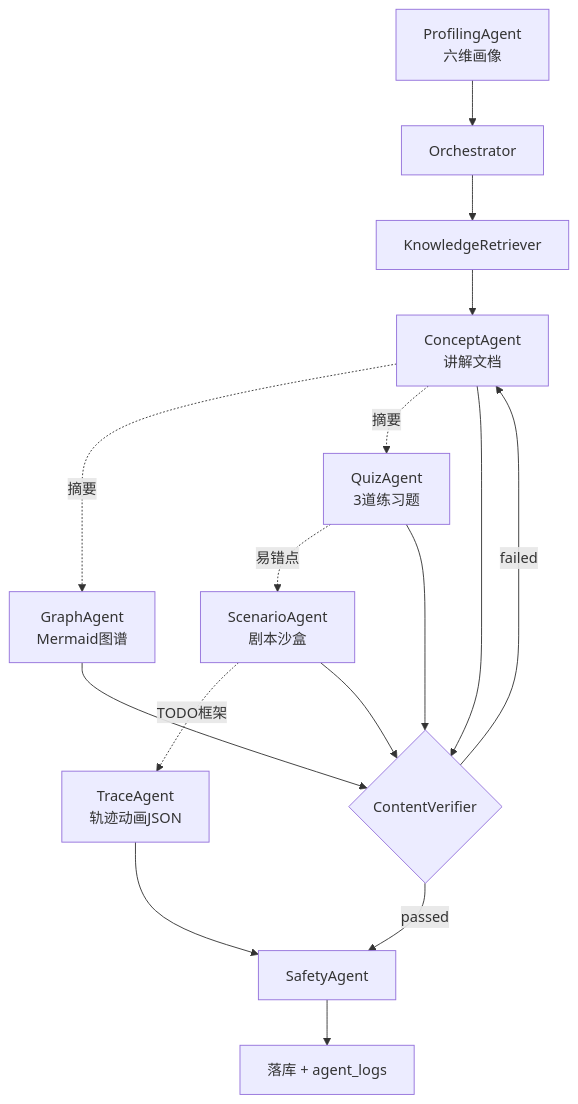
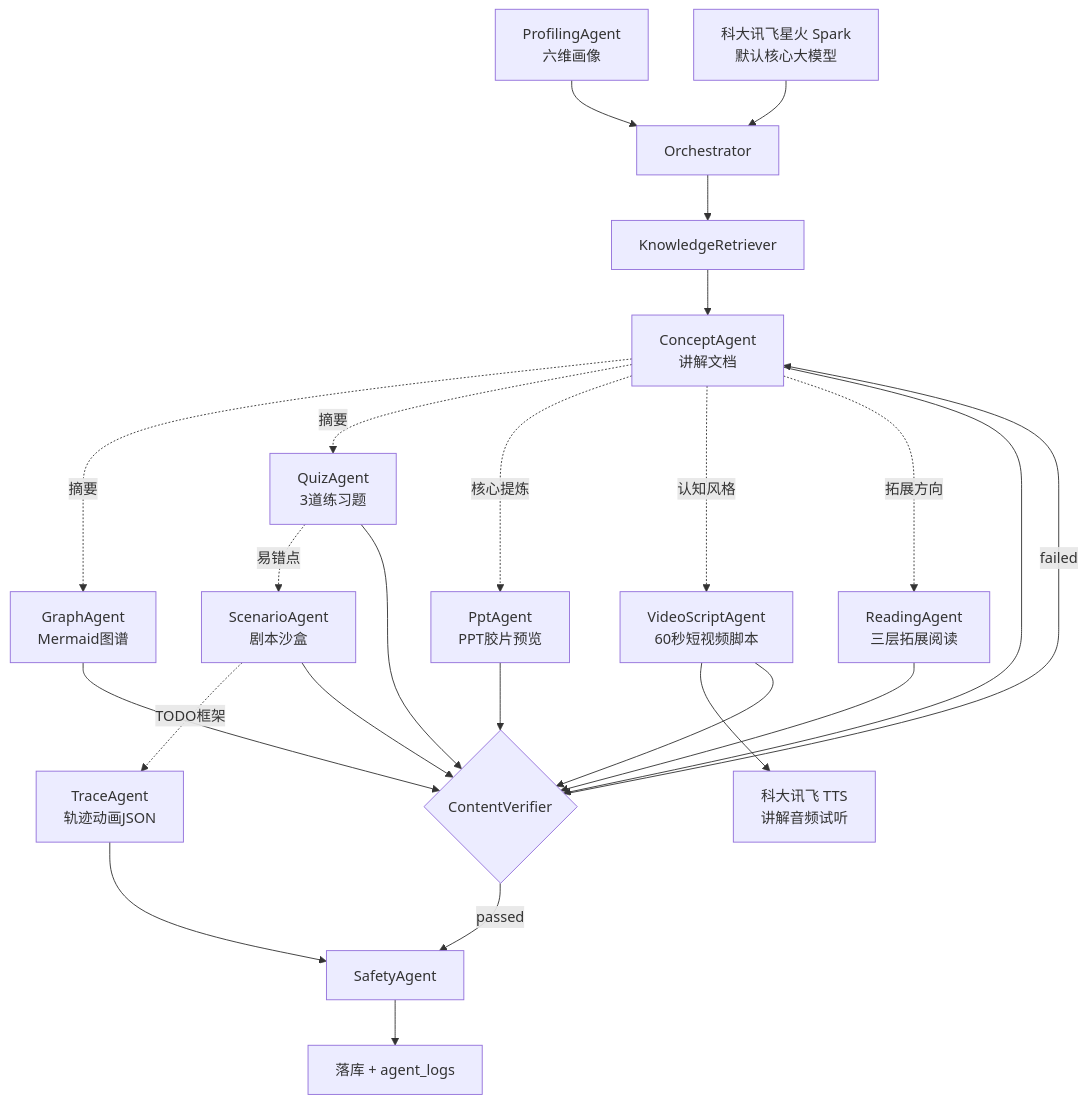
One commit to GhostYEH/AlgoPilot changed the first of 2 diagrams in README.md. Above: the diagram before and after it, drawn with Mermaid. The commit also changed other lines of this file and 54 other files, not shown here.

````diff
--- a/README.md
+++ b/README.md
@@ -56,18 +56,26 @@
 ```mermaid
 flowchart TD
   PROFILE[ProfilingAgent<br/>六维画像] --> ORCH[Orchestrator]
+  SPARK[科大讯飞星火 Spark<br/>默认核心大模型] --> ORCH
   ORCH --> RAG[KnowledgeRetriever]
   RAG --> CONCEPT[ConceptAgent<br/>讲解文档]
   CONCEPT -.摘要.-> GRAPH[GraphAgent<br/>Mermaid图谱]
   CONCEPT -.摘要.-> QUIZ[QuizAgent<br/>3道练习题]
   QUIZ -.易错点.-> SCENARIO[ScenarioAgent<br/>剧本沙盒]
   SCENARIO -.TODO框架.-> TRACE[TraceAgent<br/>轨迹动画JSON]
+  CONCEPT -.核心提炼.-> PPT[PptAgent<br/>PPT胶片预览]
+  CONCEPT -.认知风格.-> VIDEO[VideoScriptAgent<br/>60秒短视频脚本]
+  CONCEPT -.拓展方向.-> READ[ReadingAgent<br/>三层拓展阅读]
+  VIDEO --> TTS[科大讯飞 TTS<br/>讲解音频试听]
   CONCEPT --> VERIFY{ContentVerifier}
   GRAPH --> VERIFY
   QUIZ --> VERIFY
   SCENARIO --> VERIFY
+  PPT --> VERIFY
+  VIDEO --> VERIFY
+  READ --> VERIFY
   TRACE --> SAFETY[SafetyAgent]
   VERIFY -->|passed| SAFETY
   VERIFY -->|failed| CONCEPT
   SAFETY --> STORE[落库 + agent_logs]
 ```
````
